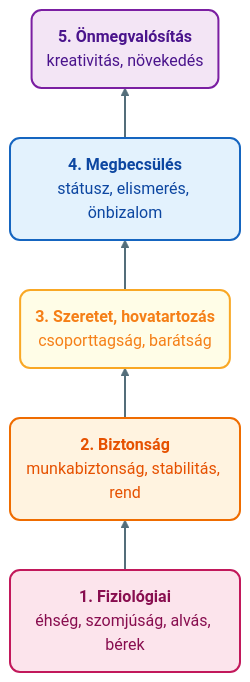
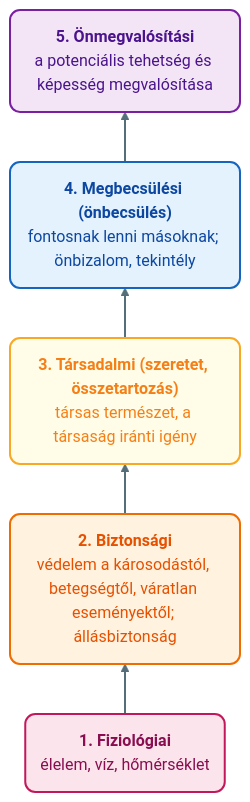
The first of 3 diagrams in Tételek/K06-GMXMD1MBLF-Motivációs elméletek.tétel.md (denespocsik/MM_BSC_Zarovizsga), drawn with Mermaid before and after one commit. The commit also changed other lines of this file and 2 other files, not shown here.

````diff
--- a/Tételek/K06-GMXMD1MBLF-Motivációs elméletek.tétel.md
+++ b/Tételek/K06-GMXMD1MBLF-Motivációs elméletek.tétel.md
@@ -21,18 +38,18 @@
 ```mermaid
 graph BT
-    F("<b>1. Fiziológiai</b><br/>éhség, szomjúság, alvás, bérek"):::rozsa
-    B("<b>2. Biztonság</b><br/>munkabiztonság, stabilitás, rend"):::narancs
-    S("<b>3. Szeretet, hovatartozás</b><br/>csoporttagság, barátság"):::sarga
-    M("<b>4. Megbecsülés</b><br/>státusz, elismerés, önbizalom"):::kek
-    O("<b>5. Önmegvalósítás</b><br/>kreativitás, növekedés"):::lila
+    F("<b>1. Fiziológiai</b><br/>élelem, víz, hőmérséklet"):::rozsa
+    B("<b>2. Biztonsági</b><br/>védelem a károsodástól, betegségtől, váratlan eseményektől; állásbiztonság"):::narancs
+    S("<b>3. Társadalmi (szeretet, összetartozás)</b><br/>társas természet, a társaság iránti igény"):::sarga
+    M("<b>4. Megbecsülési (önbecsülés)</b><br/>fontosnak lenni másoknak; önbizalom, tekintély"):::kek
+    O("<b>5. Önmegvalósítási</b><br/>a potenciális tehetség és képesség megvalósítása"):::lila
 
     F --> B --> S --> M --> O
 
     classDef kek     fill:#e3f2fd,stroke:#1565c0,stroke-width:2px,color:#0d47a1,rx:10,ry:10;
     classDef narancs fill:#fff3e0,stroke:#ef6c00,stroke-width:2px,color:#e65100,rx:10,ry:10;
     classDef rozsa   fill:#fce4ec,stroke:#c2185b,stroke-width:2px,color:#880e4f,rx:10,ry:10;
     classDef lila    fill:#f3e5f5,stroke:#7b1fa2,stroke-width:2px,color:#4a148c,rx:10,ry:10;
     classDef sarga   fill:#fffde7,stroke:#f9a825,stroke-width:2px,color:#f57f17,rx:10,ry:10;
 
     linkStyle default stroke:#546e7a,stroke-width:2px;
 ```
````
